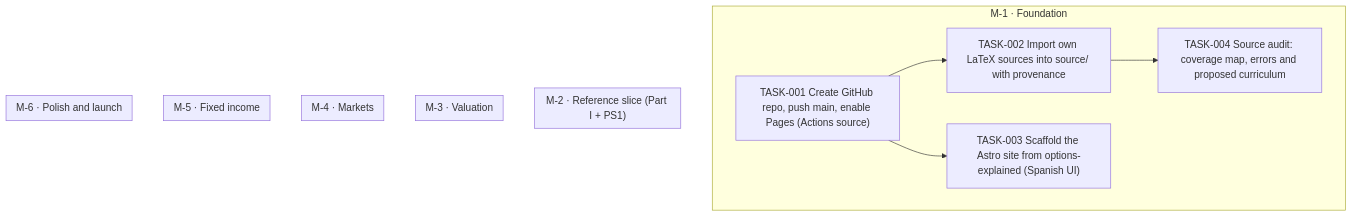
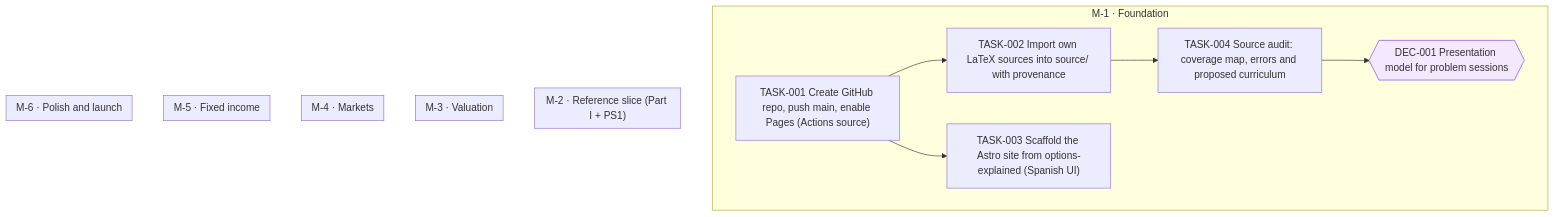
Before and after one commit to jesusvillota/economia-financiera: the diagram in goals/course-site/README.md, drawn with Mermaid. The commit also changed 1 other file, not shown here.

Commit message:
goal(course-site): add DEC-001 Presentation model for problem sessions

````diff
--- a/goals/course-site/README.md
+++ b/goals/course-site/README.md
@@ -19,25 +19,28 @@
 ```mermaid
 flowchart TD
   subgraph M_1["M-1 · Foundation"]
+    DEC_001{{"DEC-001 Presentation model for problem sessions"}}
     TASK_001["TASK-001 Create GitHub repo, push main, enable Pages (Actions source)"]
     TASK_002["TASK-002 Import own LaTeX sources into source/ with provenance"]
     TASK_003["TASK-003 Scaffold the Astro site from options-explained (Spanish UI)"]
     TASK_004["TASK-004 Source audit: coverage map, errors and proposed curriculum"]
   end
   subgraph M_2["M-2 · Reference slice (Part I + PS1)"]
   end
   subgraph M_3["M-3 · Valuation"]
   end
   subgraph M_4["M-4 · Markets"]
   end
   subgraph M_5["M-5 · Fixed income"]
   end
   subgraph M_6["M-6 · Polish and launch"]
   end
+  TASK_004 --> DEC_001
   TASK_001 --> TASK_002
   TASK_001 --> TASK_003
   TASK_002 --> TASK_004
   classDef draft stroke-dasharray: 4 3
   classDef cancelled opacity:0.45
   classDef decision fill:#f3e8ff,stroke:#7c3aed
+  class DEC_001 decision
 ```
````
